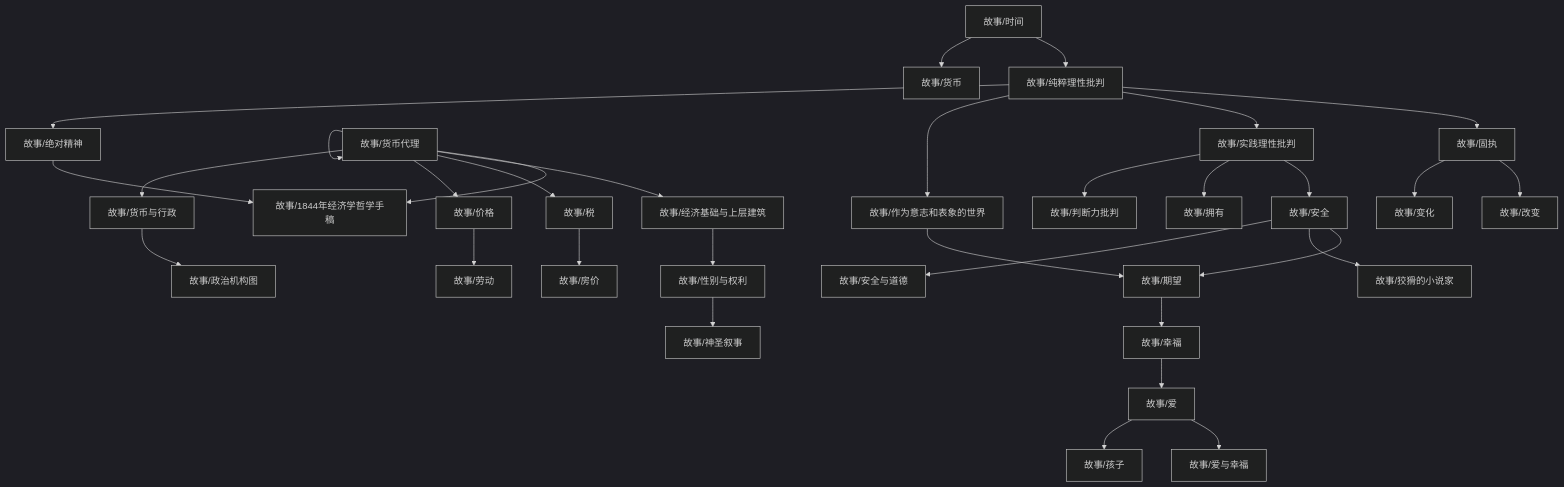
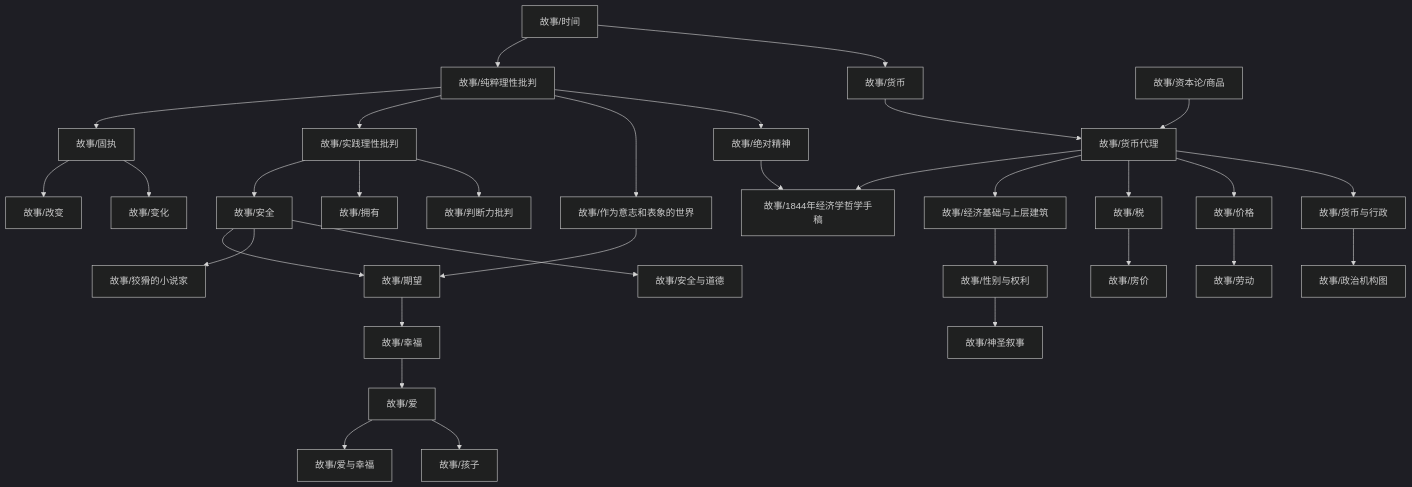
The diagram in content/故事/dependency_graph.md (zengls3186428803/zengls3186428803.github.io), drawn with Mermaid (dark theme) before and after one commit. The commit also changed 2 other files, not shown here.

````diff
--- a/content/故事/dependency_graph.md
+++ b/content/故事/dependency_graph.md
@@ -1,34 +1,35 @@
 ```mermaid
 graph TD
 1["故事/纯粹理性批判"] --> 0["故事/固执"]
 3["故事/经济基础与上层建筑"] --> 2["故事/性别与权利"]
 0["故事/固执"] --> 4["故事/改变"]
 6["故事/货币代理"] --> 5["故事/1844年经济学哲学手稿"]
 7["故事/绝对精神"] --> 5["故事/1844年经济学哲学手稿"]
 9["故事/作为意志和表象的世界"] --> 8["故事/期望"]
 10["故事/安全"] --> 8["故事/期望"]
 10["故事/安全"] --> 11["故事/狡猾的小说家"]
 1["故事/纯粹理性批判"] --> 12["故事/实践理性批判"]
 13["故事/时间"] --> 1["故事/纯粹理性批判"]
 12["故事/实践理性批判"] --> 10["故事/安全"]
 6["故事/货币代理"] --> 3["故事/经济基础与上层建筑"]
 12["故事/实践理性批判"] --> 14["故事/拥有"]
 6["故事/货币代理"] --> 15["故事/税"]
 15["故事/税"] --> 16["故事/房价"]
 18["故事/货币与行政"] --> 17["故事/政治机构图"]
 0["故事/固执"] --> 19["故事/变化"]
 21["故事/幸福"] --> 20["故事/爱"]
 6["故事/货币代理"] --> 22["故事/价格"]
-6["故事/货币代理"] --> 6["故事/货币代理"]
+23["故事/货币"] --> 6["故事/货币代理"]
+24["故事/资本论/商品"] --> 6["故事/货币代理"]
 1["故事/纯粹理性批判"] --> 9["故事/作为意志和表象的世界"]
 1["故事/纯粹理性批判"] --> 7["故事/绝对精神"]
 6["故事/货币代理"] --> 18["故事/货币与行政"]
-10["故事/安全"] --> 24["故事/安全与道德"]
-2["故事/性别与权利"] --> 25["故事/神圣叙事"]
-20["故事/爱"] --> 26["故事/爱与幸福"]
-13["故事/时间"] --> 27["故事/货币"]
-20["故事/爱"] --> 28["故事/孩子"]
-22["故事/价格"] --> 29["故事/劳动"]
-12["故事/实践理性批判"] --> 30["故事/判断力批判"]
+10["故事/安全"] --> 26["故事/安全与道德"]
+2["故事/性别与权利"] --> 27["故事/神圣叙事"]
+20["故事/爱"] --> 28["故事/爱与幸福"]
+13["故事/时间"] --> 23["故事/货币"]
+20["故事/爱"] --> 29["故事/孩子"]
+22["故事/价格"] --> 30["故事/劳动"]
+12["故事/实践理性批判"] --> 31["故事/判断力批判"]
 8["故事/期望"] --> 21["故事/幸福"]
 ```
````
